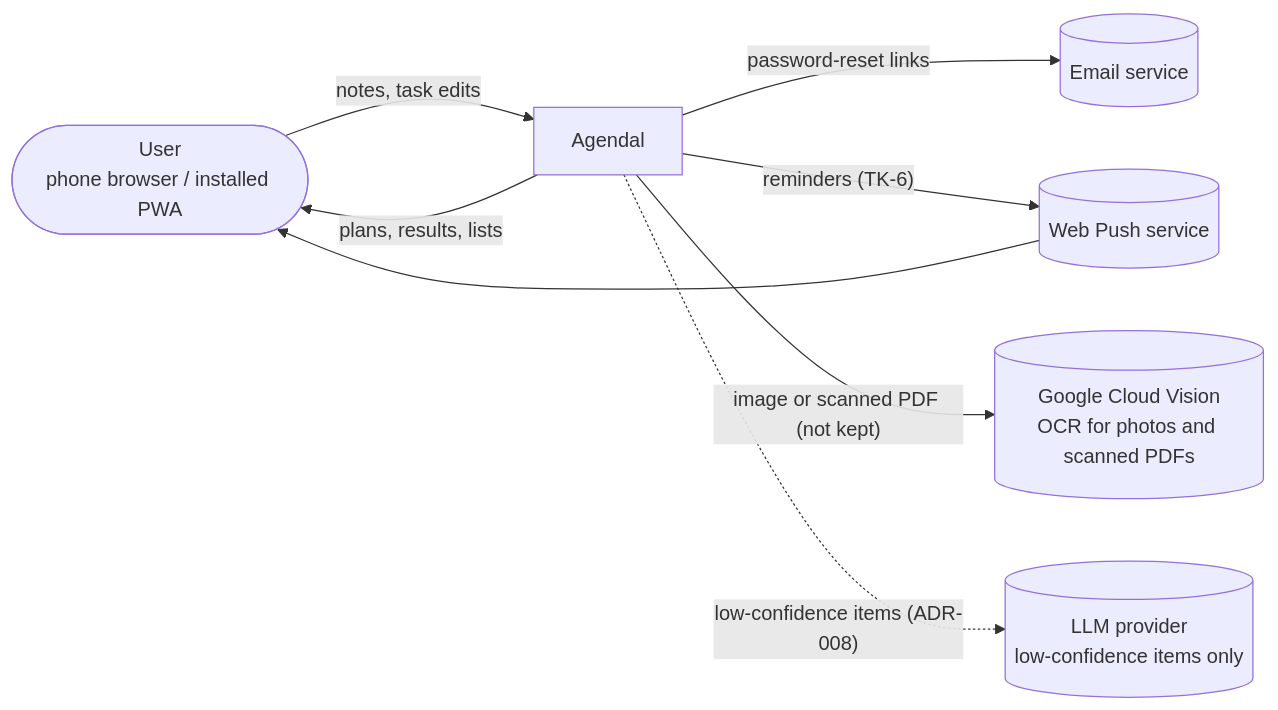
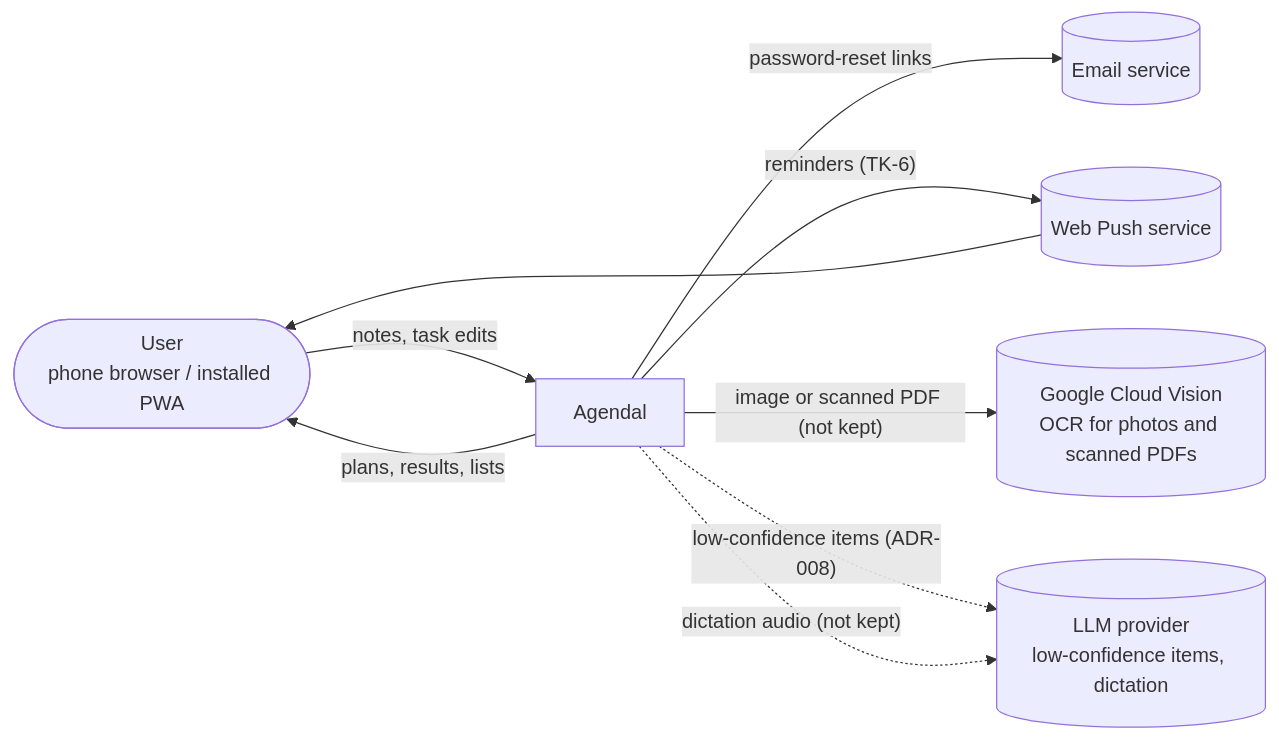
Before and after one commit to 02bbits/Agendal: the first of 2 diagrams in docs/07-architecture/overview.md, drawn with Mermaid. The commit also changed other lines of this file and 10 other files, not shown here.

````diff
--- a/docs/07-architecture/overview.md
+++ b/docs/07-architecture/overview.md
@@ -7,16 +7,17 @@
 ```mermaid
 flowchart LR
     U([User<br/>phone browser / installed PWA])
     A[Agendal]
     M[(Email service)]
     P[(Web Push service)]
     X[(Google Cloud Vision<br/>OCR for photos and scanned PDFs)]
-    L[(LLM provider<br/>low-confidence items only)]
+    L[(LLM provider<br/>low-confidence items, dictation)]
 
     U -- "notes, task edits" --> A
     A -- "plans, results, lists" --> U
     A -- "password-reset links" --> M
     A -- "reminders (TK-6)" --> P --> U
     A -- "image or scanned PDF (not kept)" --> X
     A -. "low-confidence items (ADR-008)" .-> L
+    A -. "dictation audio (not kept)" .-> L
 ```
````
